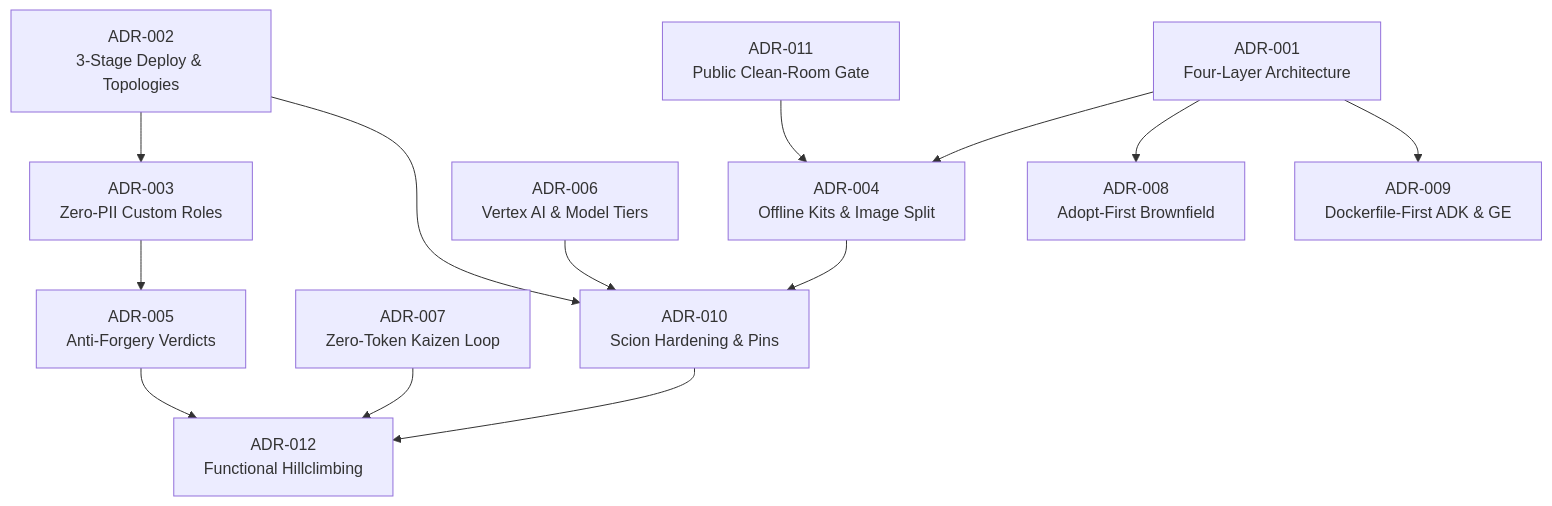
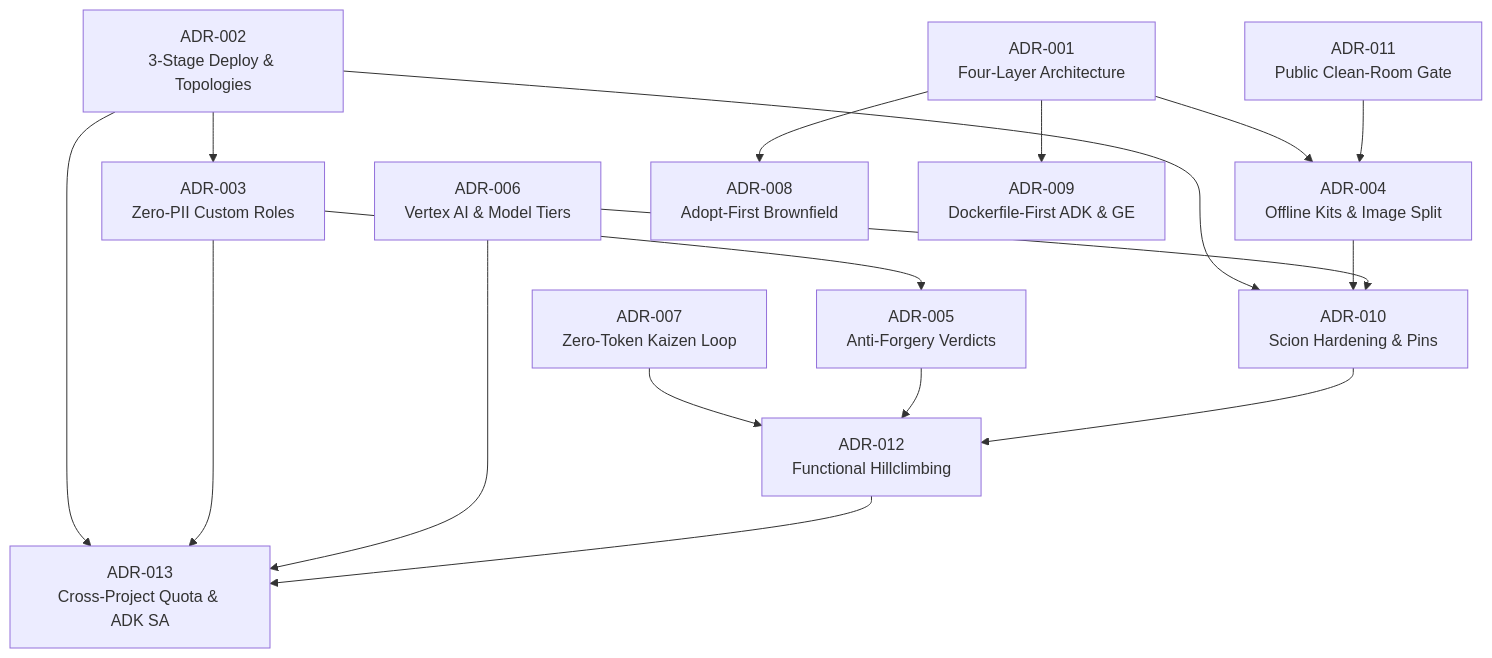
One commit to carlosmscabral/gcp-fde-factories changed the diagram in docs/adr/README.md. Above: the diagram before and after it, drawn with Mermaid. The commit also changed other lines of this file and 22 other files, not shown here.

Commit message:
fix: harden 3-project cross-project topology from HC-02 (F1-F14), add ENTERPRISE_PREREQUISITES + ADR-013, update Hillclimbing ledger & dashboard

````diff
--- a/docs/adr/README.md
+++ b/docs/adr/README.md
@@ -9,28 +9,33 @@
 ```mermaid
 flowchart TB
   ADR001["ADR-001<br/>Four-Layer Architecture"]
   ADR002["ADR-002<br/>3-Stage Deploy & Topologies"]
   ADR003["ADR-003<br/>Zero-PII Custom Roles"]
   ADR004["ADR-004<br/>Offline Kits & Image Split"]
   ADR005["ADR-005<br/>Anti-Forgery Verdicts"]
   ADR006["ADR-006<br/>Vertex AI & Model Tiers"]
   ADR007["ADR-007<br/>Zero-Token Kaizen Loop"]
   ADR008["ADR-008<br/>Adopt-First Brownfield"]
   ADR009["ADR-009<br/>Dockerfile-First ADK & GE"]
   ADR010["ADR-010<br/>Scion Hardening & Pins"]
   ADR011["ADR-011<br/>Public Clean-Room Gate"]
   ADR012["ADR-012<br/>Functional Hillclimbing"]
+  ADR013["ADR-013<br/>Cross-Project Quota & ADK SA"]
 
   ADR001 --> ADR004
   ADR001 --> ADR008
   ADR001 --> ADR009
   ADR002 --> ADR003
   ADR002 --> ADR010
+  ADR002 --> ADR013
   ADR003 --> ADR005
+  ADR003 --> ADR013
   ADR004 --> ADR010
   ADR006 --> ADR010
+  ADR006 --> ADR013
   ADR007 --> ADR012
   ADR005 --> ADR012
   ADR010 --> ADR012
   ADR011 --> ADR004
+  ADR012 --> ADR013
 ```
````
